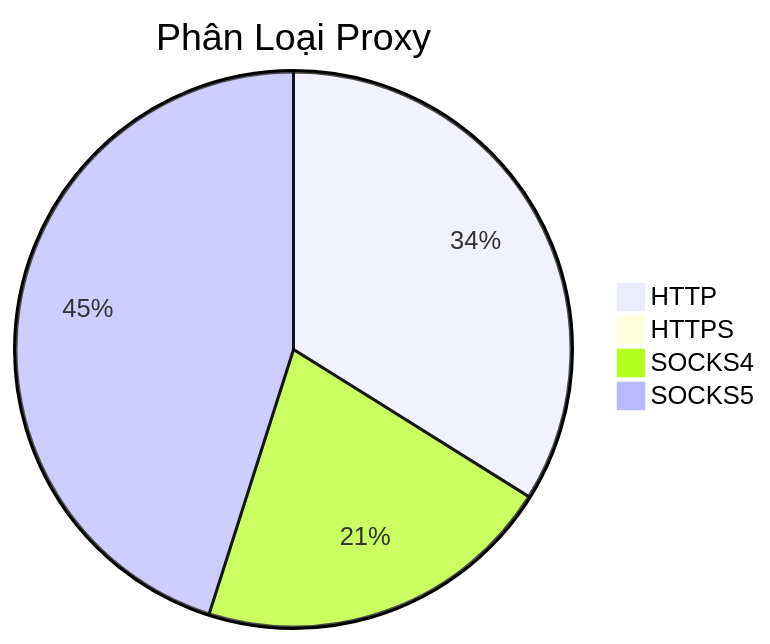
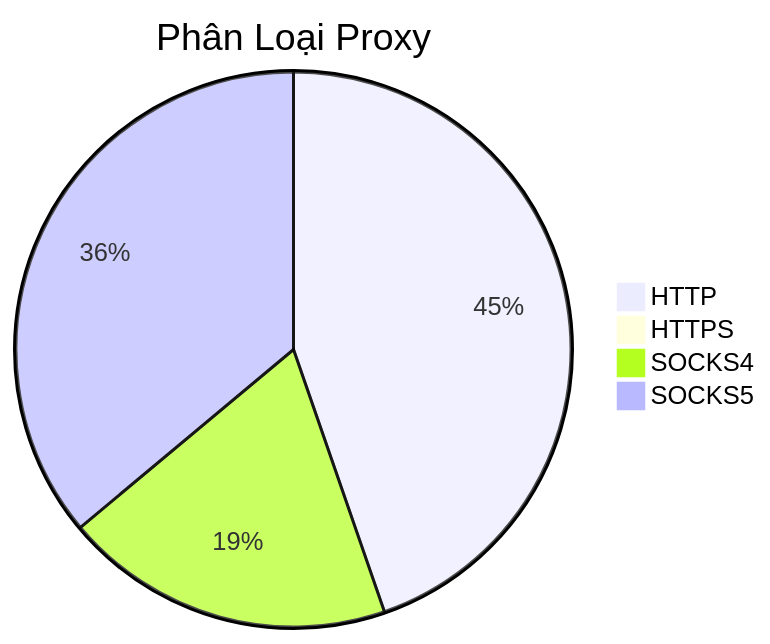
The diagram in README.md (Ciara-12/PROXY-free), drawn with Mermaid before and after one commit. The commit also changed other lines of this file and 4 other files, not shown here.

````diff
--- a/README.md
+++ b/README.md
@@ -26,7 +26,7 @@
 ```mermaid
 pie title Phân Loại Proxy
-    "HTTP" : 424
-    "HTTPS" : 1
-    "SOCKS4" : 263
-    "SOCKS5" : 564
+    "HTTP" : 669
+    "HTTPS" : 3
+    "SOCKS4" : 288
+    "SOCKS5" : 540
 ```
````
